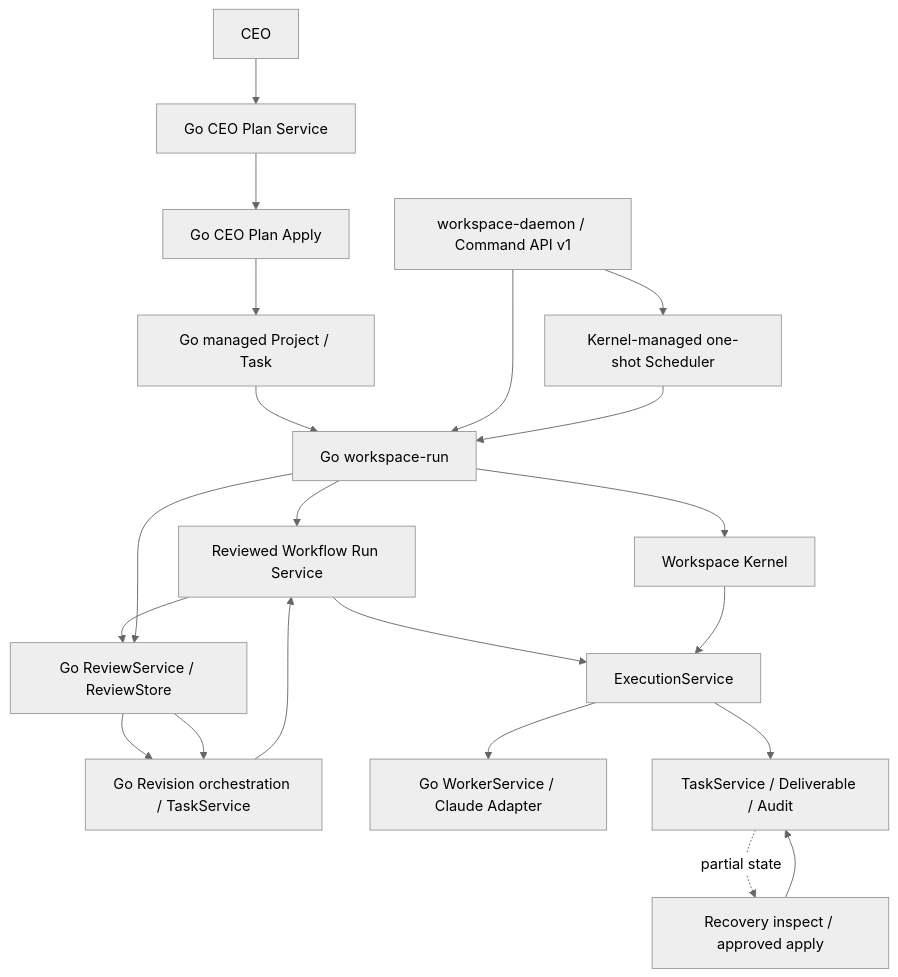
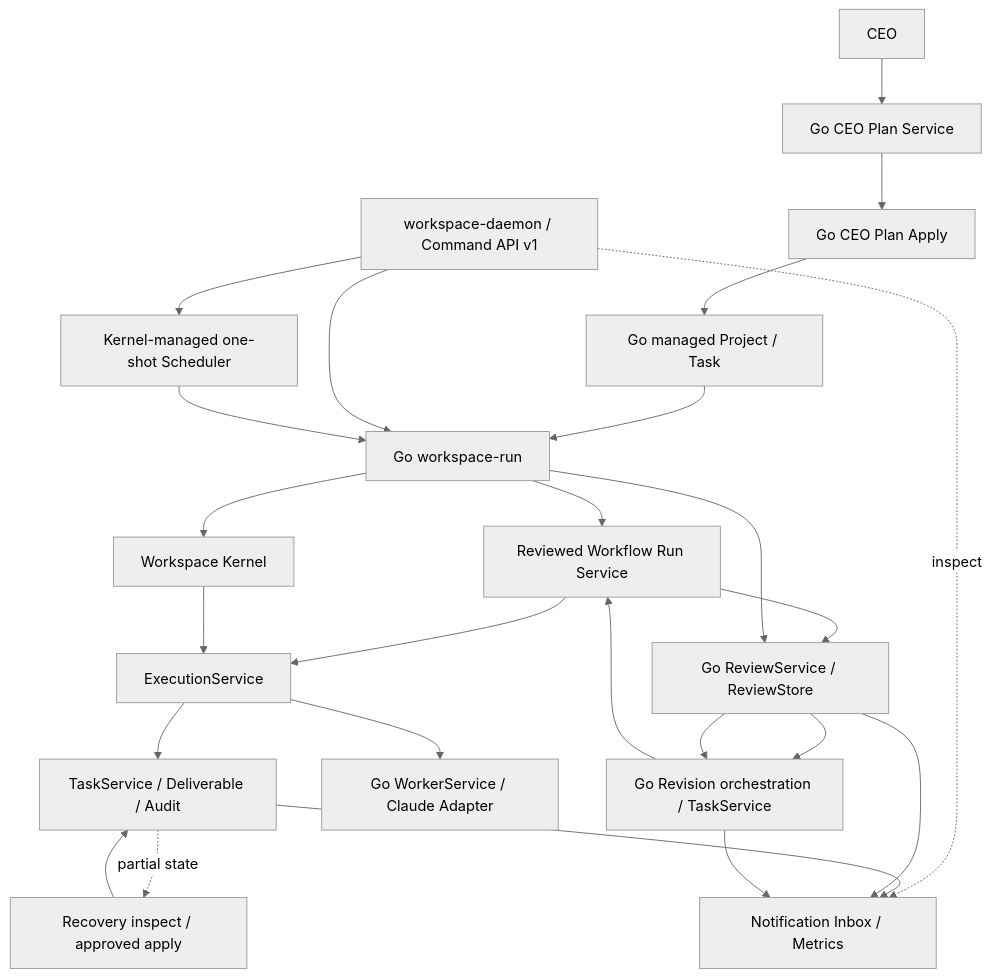
Before and after one commit to AkiraShimizu0/WorkCairn: the diagram in docs/Architecture.md, drawn with Mermaid (neutral theme). The commit also changed other lines of this file and 33 other files, not shown here.

Commit message:
feat: add redacted notification and metrics observers

````diff
--- a/docs/Architecture.md
+++ b/docs/Architecture.md
@@ -9,23 +9,27 @@
 ```mermaid
 flowchart TD
     CEO["CEO"] --> Plan["Go CEO Plan Service"]
     Plan --> Apply["Go CEO Plan Apply"]
     Apply --> Workflow["Go managed Project / Task"]
     Workflow --> Run["Go workspace-run"]
     API["workspace-daemon / Command API v1"] --> Run
     API --> Scheduler["Kernel-managed one-shot Scheduler"]
     Scheduler --> Run
+    API -. inspect .-> Observe["Notification Inbox / Metrics"]
     Run --> WorkflowRun["Reviewed Workflow Run Service"]
     WorkflowRun --> Execution
     WorkflowRun --> Review
     Review --> Revision
     Revision --> WorkflowRun
     Run --> Kernel["Workspace Kernel"]
     Kernel --> Execution["ExecutionService"]
     Execution --> GoWorker["Go WorkerService / Claude Adapter"]
     Execution --> Task["TaskService / Deliverable / Audit"]
+    Task --> Observe
+    Review --> Observe
+    Revision --> Observe
     Task -. partial state .-> Recovery["Recovery inspect / approved apply"]
     Recovery --> Task
     Run --> Review["Go ReviewService / ReviewStore"]
     Review --> Revision["Go Revision orchestration / TaskService"]
 ```
````
